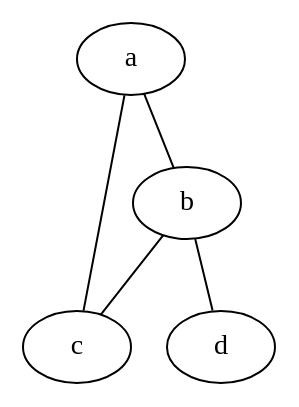
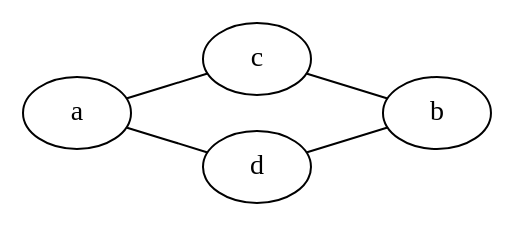
Before and after one commit to jaanos/diskretne-strukture-fim: diagram 16 of 35 in zapiski/2020-21/2020-12-17.md, drawn with Graphviz. The commit also changed other lines of this file, not shown here.

````diff
--- a/zapiski/2020-21/2020-12-17.md
+++ b/zapiski/2020-21/2020-12-17.md
@@ -59,8 +161,7 @@
 ```graphviz
-graph G {
-  a -- b
-  a -- c
-  b -- c
-  b -- d
+graph G9 {
+  rankdir=LR
+  a -- c -- b
+  a -- d -- b
 }
 ```
````
